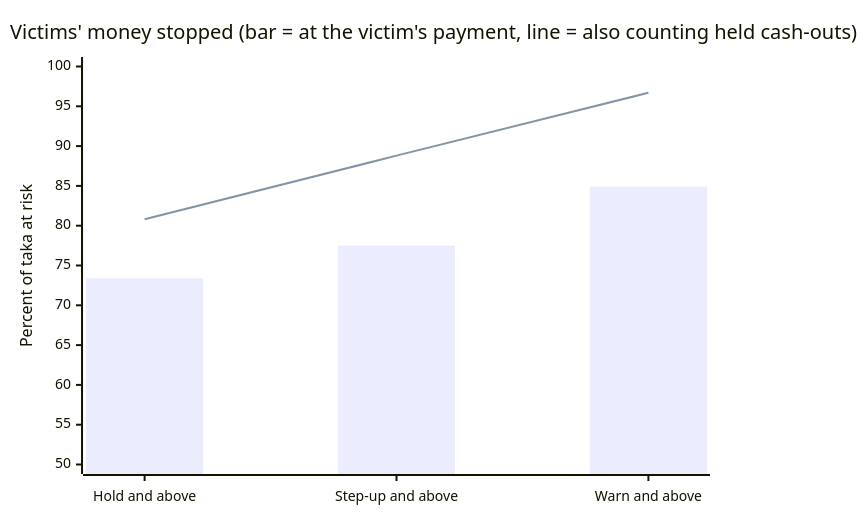
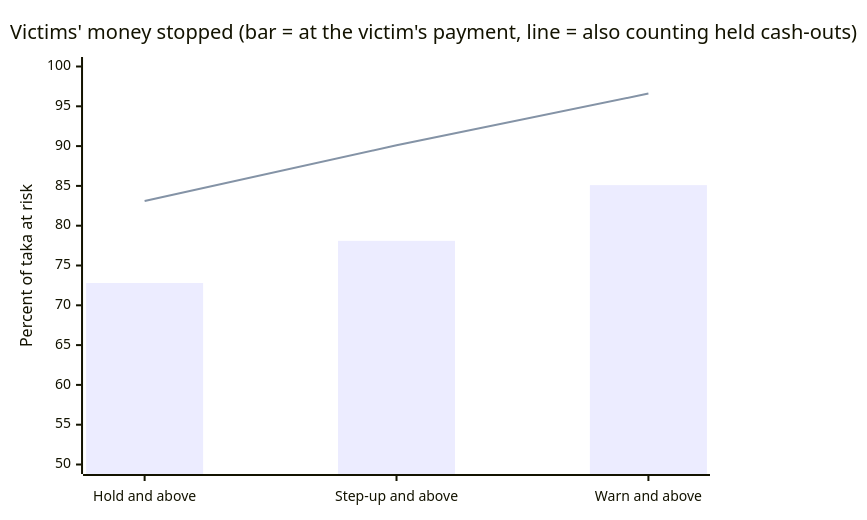
Before and after one commit to 0xdevabir/FraudLens: the fifth of 7 diagrams in README.md, drawn with Mermaid. The commit also changed other lines of this file and 19 other files, not shown here.

````diff
--- a/README.md
+++ b/README.md
@@ -197,8 +197,8 @@
 ```mermaid
 xychart-beta
     title "Victims' money stopped (bar = at the victim's payment, line = also counting held cash-outs)"
     x-axis ["Hold and above", "Step-up and above", "Warn and above"]
     y-axis "Percent of taka at risk" 50 --> 100
-    bar [73.4, 77.5, 84.9]
-    line [80.8, 88.8, 96.7]
+    bar [72.8, 78.1, 85.1]
+    line [83.1, 90.1, 96.6]
 ```
````
